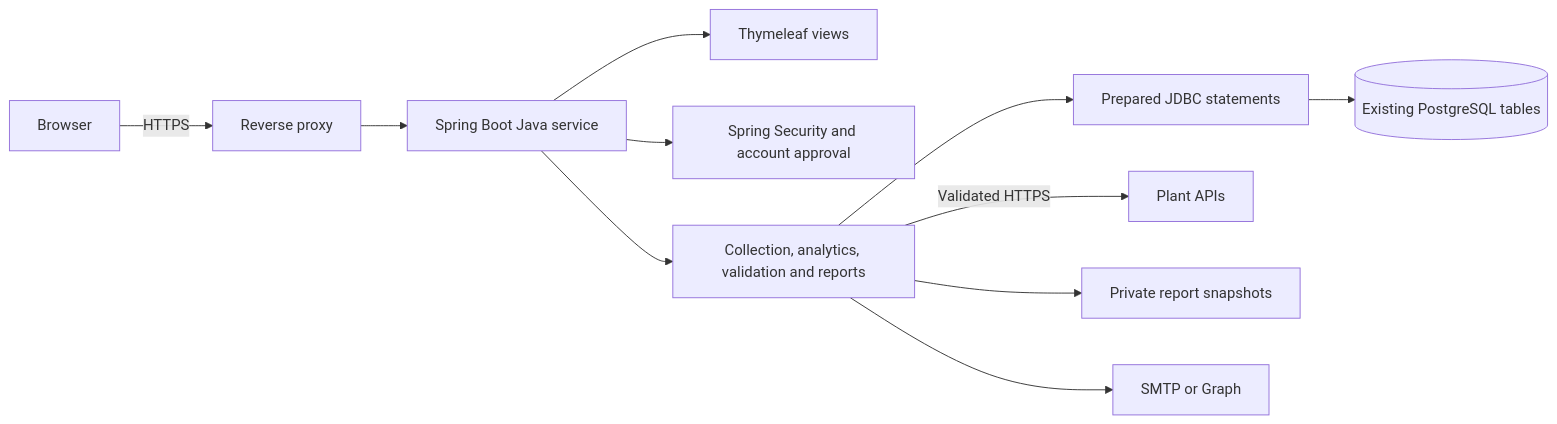
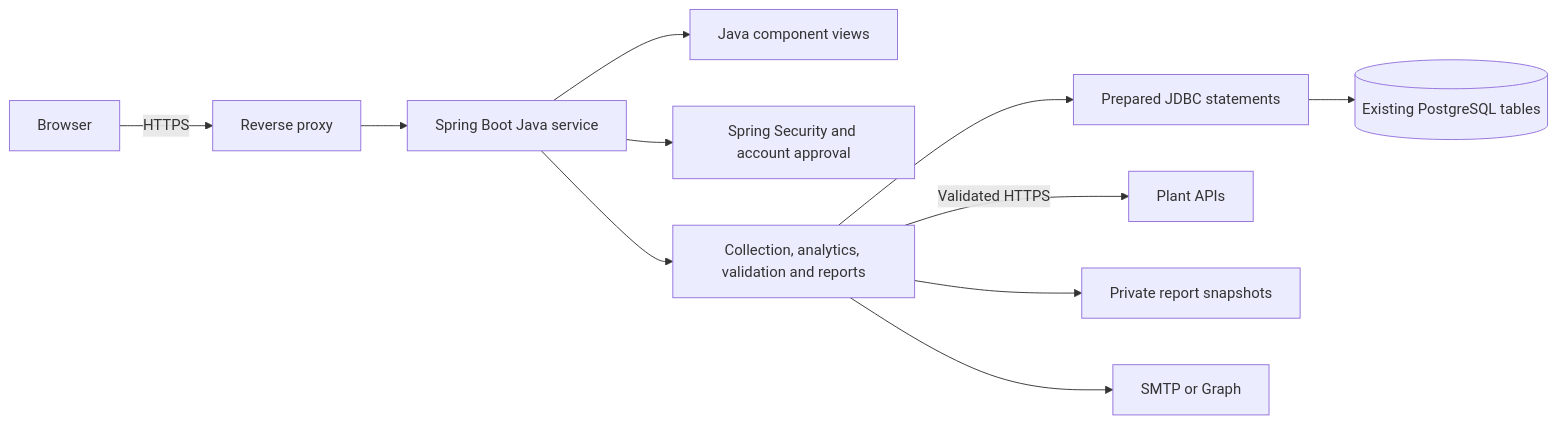
The diagram in ARCHITECTURE.md (nanarinn/webgso_system), drawn with Mermaid before and after one commit. The commit also changed 34 other files, not shown here.

````diff
--- a/ARCHITECTURE.md
+++ b/ARCHITECTURE.md
@@ -3,13 +3,13 @@
 ```mermaid
 flowchart LR
     Browser -->|HTTPS| Proxy[Reverse proxy]
     Proxy --> Java[Spring Boot Java service]
-    Java --> Views[Thymeleaf views]
+    Java --> Views[Java component views]
     Java --> Security[Spring Security and account approval]
     Java --> Workflows[Collection, analytics, validation and reports]
     Workflows --> JDBC[Prepared JDBC statements]
     JDBC --> DB[(Existing PostgreSQL tables)]
     Workflows -->|Validated HTTPS| Plants[Plant APIs]
     Workflows --> Reports[Private report snapshots]
     Workflows --> Mail[SMTP or Graph]
 ```
````
